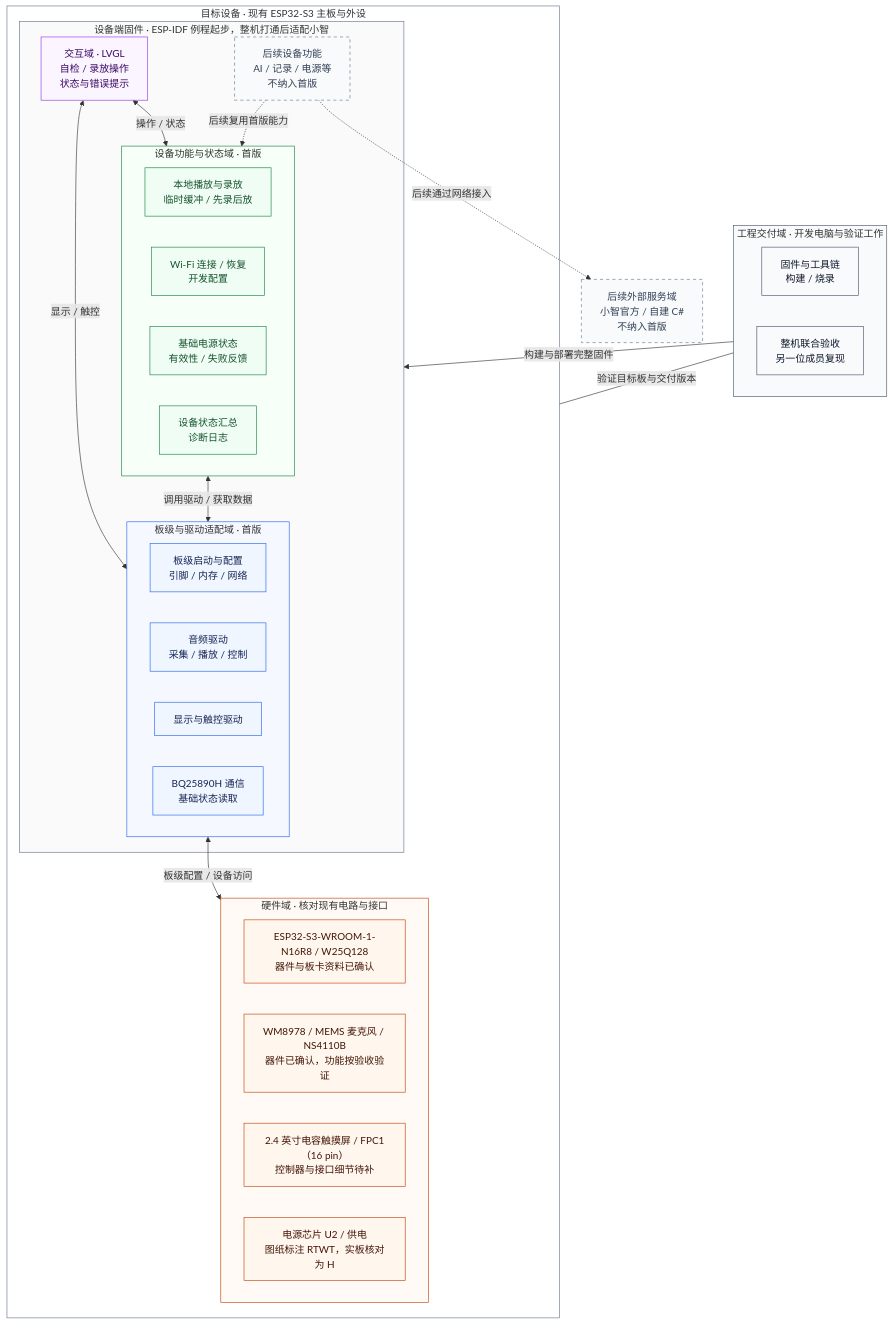
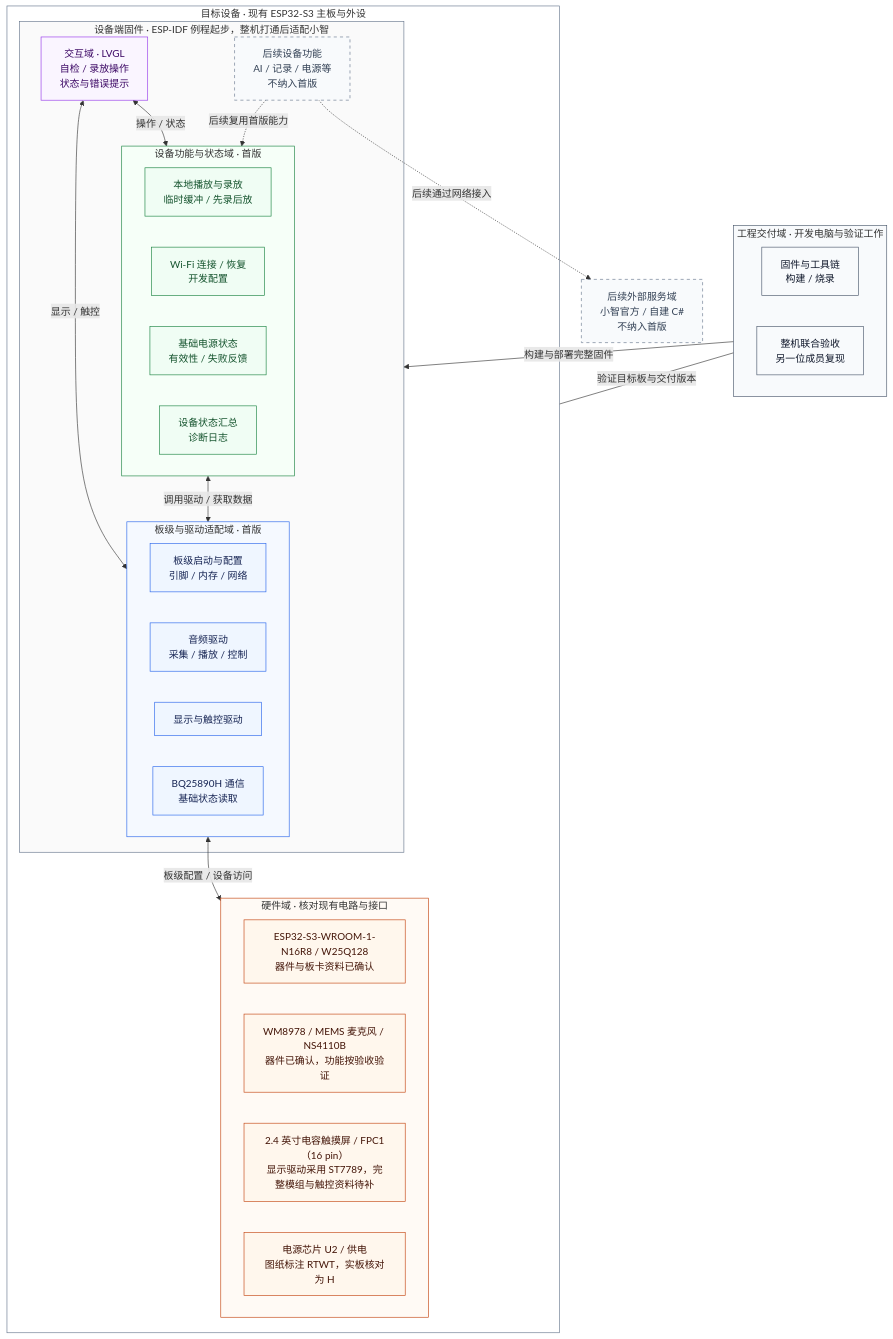
The diagram in docs/PRD.md (mmsakaito/BYAI), drawn with Mermaid before and after one commit. The commit also changed other lines of this file and 43 other files, not shown here.

````diff
--- a/docs/PRD.md
+++ b/docs/PRD.md
@@ -29,70 +29,70 @@
 ```mermaid
 flowchart TB
     subgraph Engineering["工程交付域 · 开发电脑与验证工作"]
         direction LR
         Build["固件与工具链<br/>构建 / 烧录"]
         Verify["整机联合验收<br/>另一位成员复现"]
     end
 
     subgraph Device["目标设备 · 现有 ESP32-S3 主板与外设"]
         subgraph Firmware["设备端固件 · ESP-IDF 例程起步，整机打通后适配小智"]
             UI["交互域 · LVGL<br/>自检 / 录放操作<br/>状态与错误提示"]
 
             subgraph Features["设备功能与状态域 · 首版"]
                 direction LR
                 Audio["本地播放与录放<br/>临时缓冲 / 先录后放"]
                 Network["Wi-Fi 连接 / 恢复<br/>开发配置"]
                 PowerState["基础电源状态<br/>有效性 / 失败反馈"]
                 Diagnostics["设备状态汇总<br/>诊断日志"]
             end
 
             subgraph Drivers["板级与驱动适配域 · 首版"]
                 direction LR
                 Board["板级启动与配置<br/>引脚 / 内存 / 网络"]
                 AudioDriver["音频驱动<br/>采集 / 播放 / 控制"]
                 DisplayDriver["显示与触控驱动"]
                 PowerDriver["BQ25890H 通信<br/>基础状态读取"]
             end
 
             LaterDevice["后续设备功能<br/>AI / 记录 / 电源等<br/>不纳入首版"]
         end
 
         subgraph Hardware["硬件域 · 核对现有电路与接口"]
             direction LR
             MainBoard["ESP32-S3-WROOM-1-N16R8 / W25Q128<br/>器件与板卡资料已确认"]
             AudioHardware["WM8978 / MEMS 麦克风 / NS4110B<br/>器件已确认，功能按验收验证"]
-            Screen["2.4 英寸电容触摸屏 / FPC1（16 pin）<br/>控制器与接口细节待补"]
+            Screen["2.4 英寸电容触摸屏 / FPC1（16 pin）<br/>显示驱动采用 ST7789，完整模组与触控资料待补"]
             PowerHardware["电源芯片 U2 / 供电<br/>图纸标注 RTWT，实板核对为 H"]
         end
     end
 
     LaterServices["后续外部服务域<br/>小智官方 / 自建 C#<br/>不纳入首版"]
 
     Build -->|"构建与部署完整固件"| Firmware
     Verify ---|"验证目标板与交付版本"| Device
     UI <-->|"操作 / 状态"| Features
     UI <-->|"显示 / 触控"| Drivers
     Features <-->|"调用驱动 / 获取数据"| Drivers
     Drivers <-->|"板级配置 / 设备访问"| Hardware
     LaterDevice -.->|"后续复用首版能力"| Features
     LaterDevice -.->|"后续通过网络接入"| LaterServices
 
     classDef hardware fill:#fff7ed,stroke:#c2410c,color:#431407
     classDef driver fill:#eff6ff,stroke:#2563eb,color:#172554
     classDef feature fill:#f0fdf4,stroke:#15803d,color:#14532d
     classDef interface fill:#faf5ff,stroke:#9333ea,color:#3b0764
     classDef engineering fill:#f8fafc,stroke:#475569,color:#0f172a
     classDef later fill:#f8fafc,stroke:#64748b,color:#334155,stroke-dasharray:5 5
     class MainBoard,AudioHardware,Screen,PowerHardware hardware
     class Board,AudioDriver,DisplayDriver,PowerDriver driver
     class Audio,Network,PowerState,Diagnostics feature
     class UI interface
     class Build,Verify engineering
     class LaterDevice,LaterServices later
     style Device fill:#ffffff,stroke:#64748b
     style Firmware fill:#fafafa,stroke:#64748b
     style Hardware fill:#fffaf5,stroke:#c2410c
     style Drivers fill:#f5f9ff,stroke:#2563eb
     style Features fill:#f6fff8,stroke:#15803d
     style Engineering fill:#f8fafc,stroke:#475569
 ```
````
